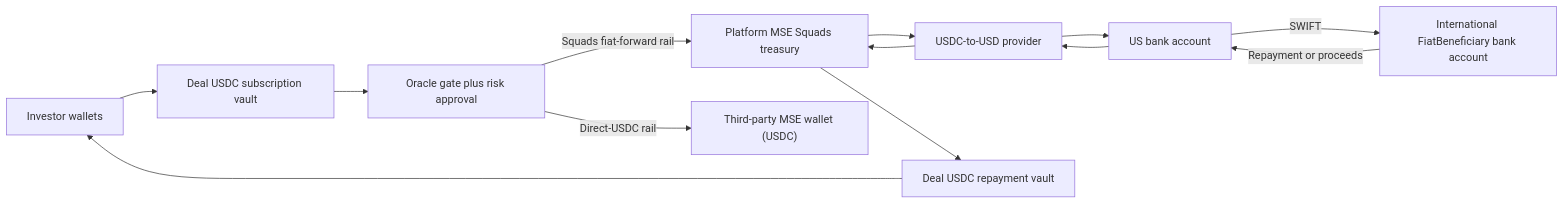
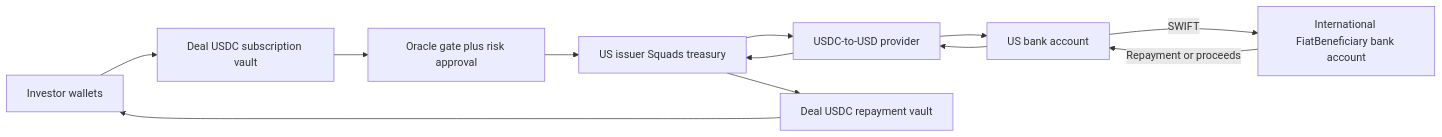
One commit to Asrat77/pod-rwa-tokenization changed the diagram in docs/rwa/ARCHITECTURE.md. Above: the diagram before and after it, drawn with Mermaid. The commit also changed other lines of this file and 22 other files, not shown here.

Commit message:
fix(rwa): enforce issuer treasury rail in v1

````diff
--- a/docs/rwa/ARCHITECTURE.md
+++ b/docs/rwa/ARCHITECTURE.md
@@ -33,16 +34,14 @@
 ```mermaid
 flowchart LR
     I["Investor wallets"] --> S["Deal USDC subscription vault"]
     S --> G["Oracle gate plus risk approval"]
-    G -->|Squads fiat-forward rail| T["Platform MSE Squads treasury"]
+    G --> T["US issuer Squads treasury"]
     T --> C["USDC-to-USD provider"]
     C --> B["US bank account"]
     B -->|SWIFT| F["International FiatBeneficiary bank account"]
-    G -->|Direct-USDC rail| D["Third-party MSE wallet (USDC)"]
-
     F -->|Repayment or proceeds| B
     B --> C
     C --> T
     T --> R["Deal USDC repayment vault"]
     R --> I
 ```
````
